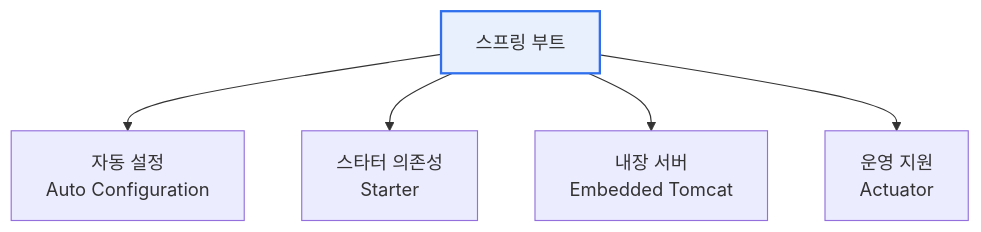
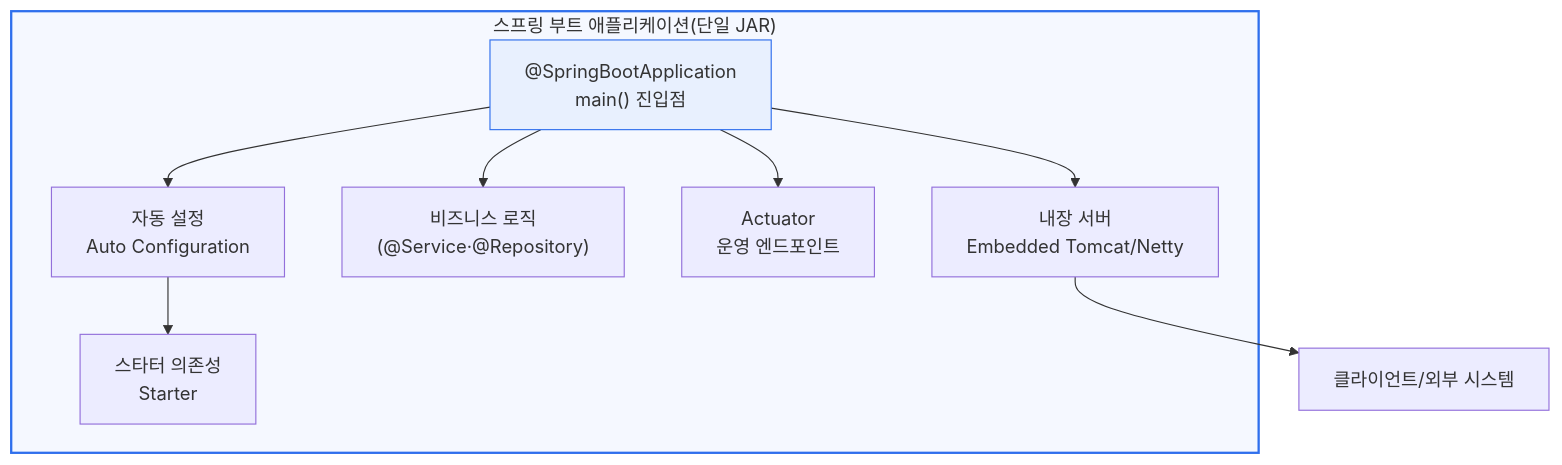
Before and after one commit to coninggu/wjdqhrhksflrltnftk: the first of 2 diagrams in content/spring-boot.md, drawn with Mermaid. The commit also changed other lines of this file and 3 other files, not shown here.

Commit message:
Deepen 스프링 부트(Spring Boot), 데이터산업법(데이터 산업진흥법) (auto)

````diff
--- a/content/spring-boot.md
+++ b/content/spring-boot.md
@@ -15,8 +23,19 @@
 ```mermaid
 flowchart TB
-  SB[스프링 부트] --> A[자동 설정<br/>Auto Configuration]
-  SB --> S[스타터 의존성<br/>Starter]
-  SB --> E[내장 서버<br/>Embedded Tomcat]
-  SB --> M[운영 지원<br/>Actuator]
-  style SB fill:#e8f0fe,stroke:#2f6fed,stroke-width:2px
+  subgraph APP["스프링 부트 애플리케이션(단일 JAR)"]
+    MAIN["@SpringBootApplication<br/>main() 진입점"]
+    AC["자동 설정<br/>Auto Configuration"]
+    ST["스타터 의존성<br/>Starter"]
+    BIZ["비즈니스 로직<br/>(@Service·@Repository)"]
+    ACT["Actuator<br/>운영 엔드포인트"]
+    WS["내장 서버<br/>Embedded Tomcat/Netty"]
+  end
+  MAIN --> AC
+  AC --> ST
+  MAIN --> BIZ
+  MAIN --> ACT
+  MAIN --> WS
+  WS --> CLIENT["클라이언트/외부 시스템"]
+  style APP fill:#f5f8ff,stroke:#2f6fed,stroke-width:2px
+  style MAIN fill:#e8f0fe,stroke:#2f6fed
 ```
````
